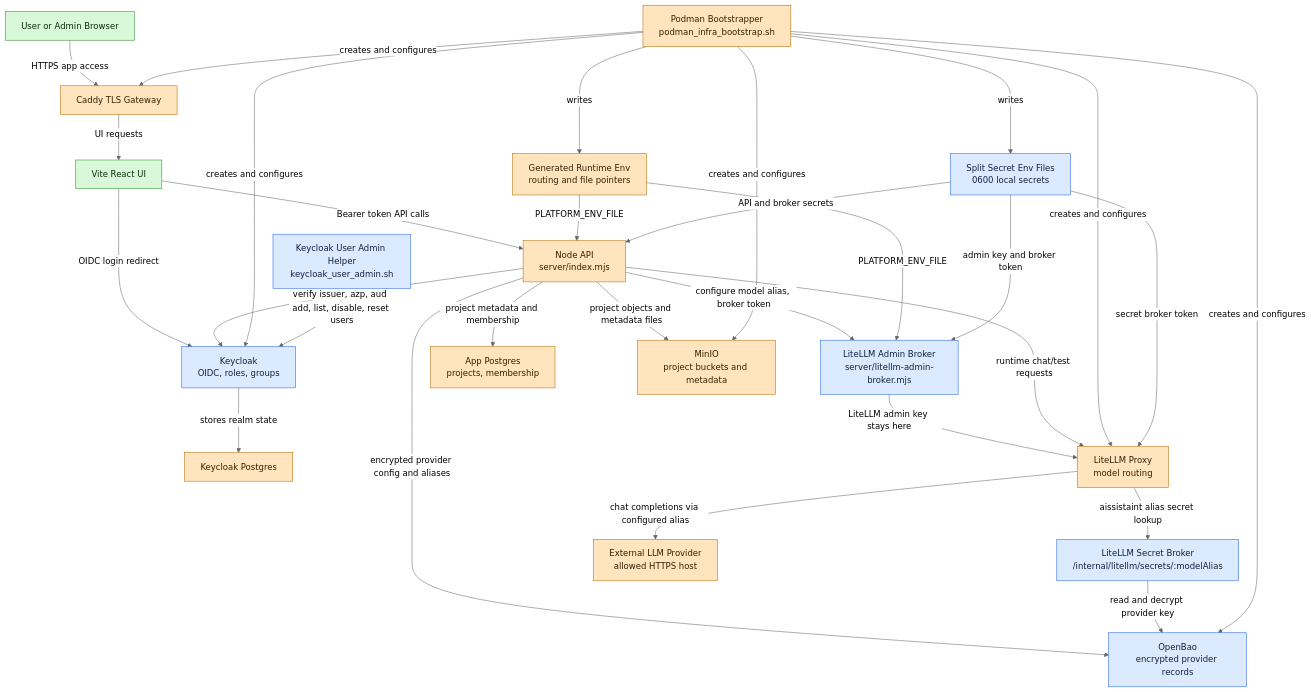
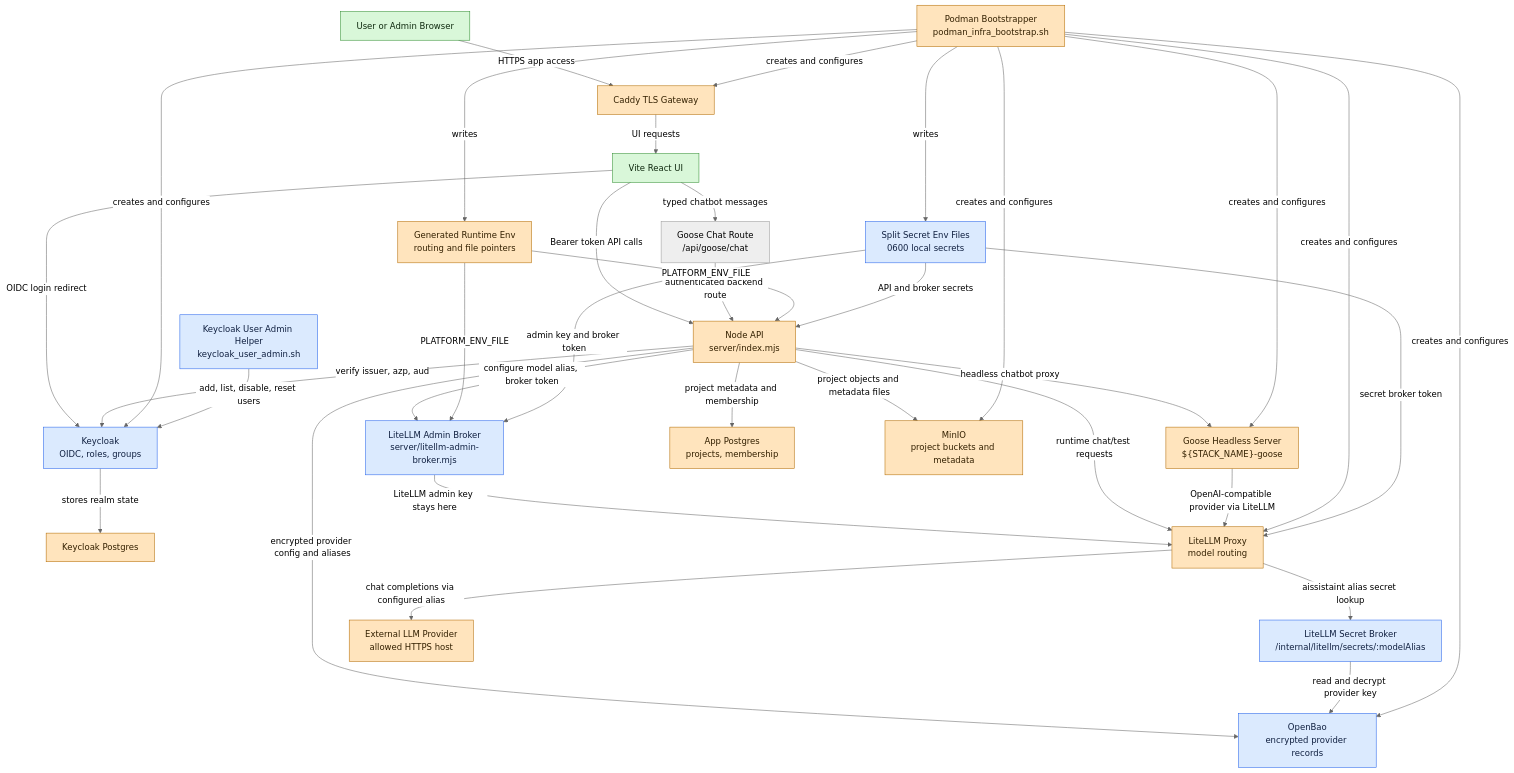
The diagram in docs/ai-governance/COMPONENT_INTERACTIONS.md (phzwart/lambda-aissistaint), drawn with Mermaid (neutral theme) before and after one commit. The commit also changed other lines of this file and 16 other files, not shown here.

Commit message:
Add managed Goose chatbot integration.

````diff
--- a/docs/ai-governance/COMPONENT_INTERACTIONS.md
+++ b/docs/ai-governance/COMPONENT_INTERACTIONS.md
@@ -5,62 +5,69 @@
 ```mermaid
 flowchart TD
   user["User or Admin Browser"]
   caddy["Caddy TLS Gateway"]
   ui["Vite React UI"]
   api["Node API\nserver/index.mjs"]
+  gooseRoute["Goose Chat Route\n/api/goose/chat"]
+  gooseSvc["Goose Headless Server\n${STACK_NAME}-goose"]
   adminBroker["LiteLLM Admin Broker\nserver/litellm-admin-broker.mjs"]
   secretBroker["LiteLLM Secret Broker\n/internal/litellm/secrets/:modelAlias"]
   keycloak["Keycloak\nOIDC, roles, groups"]
   keycloakDb["Keycloak Postgres"]
   appDb["App Postgres\nprojects, membership"]
   minio["MinIO\nproject buckets and metadata"]
   openbao["OpenBao\nencrypted provider records"]
   litellm["LiteLLM Proxy\nmodel routing"]
   provider["External LLM Provider\nallowed HTTPS host"]
   runtimeEnv["Generated Runtime Env\nrouting and file pointers"]
   secretFiles["Split Secret Env Files\n0600 local secrets"]
   bootstrap["Podman Bootstrapper\npodman_infra_bootstrap.sh"]
   adminHelper["Keycloak User Admin Helper\nkeycloak_user_admin.sh"]
 
   user -->|"HTTPS app access"| caddy
   caddy -->|"UI requests"| ui
   ui -->|"Bearer token API calls"| api
+  ui -->|"typed chatbot messages"| gooseRoute
   ui -->|"OIDC login redirect"| keycloak
+  gooseRoute -->|"authenticated backend route"| api
   keycloak -->|"stores realm state"| keycloakDb
 
   api -->|"verify issuer, azp, aud"| keycloak
   api -->|"project metadata and membership"| appDb
   api -->|"project objects and metadata files"| minio
   api -->|"encrypted provider config and aliases"| openbao
   api -->|"configure model alias, broker token"| adminBroker
 
   adminBroker -->|"LiteLLM admin key stays here"| litellm
   litellm -->|"aissistaint alias secret lookup"| secretBroker
   secretBroker -->|"read and decrypt provider key"| openbao
   litellm -->|"chat completions via configured alias"| provider
   api -->|"runtime chat/test requests"| litellm
+  api -->|"headless chatbot proxy"| gooseSvc
+  gooseSvc -->|"OpenAI-compatible provider via LiteLLM"| litellm
 
   bootstrap -->|"creates and configures"| caddy
   bootstrap -->|"creates and configures"| keycloak
   bootstrap -->|"creates and configures"| openbao
   bootstrap -->|"creates and configures"| minio
   bootstrap -->|"creates and configures"| litellm
+  bootstrap -->|"creates and configures"| gooseSvc
   bootstrap -->|"writes"| runtimeEnv
   bootstrap -->|"writes"| secretFiles
 
   runtimeEnv -->|"PLATFORM_ENV_FILE"| api
   runtimeEnv -->|"PLATFORM_ENV_FILE"| adminBroker
   secretFiles -->|"API and broker secrets"| api
   secretFiles -->|"admin key and broker token"| adminBroker
   secretFiles -->|"secret broker token"| litellm
 
   adminHelper -->|"add, list, disable, reset users"| keycloak
 
   classDef ui fill:#d9f7d9,stroke:#2f8f2f,color:#102a10
   classDef permanent fill:#ffe4bd,stroke:#b36b00,color:#332000
   classDef security fill:#dbeafe,stroke:#2563eb,color:#102040
 
   class user,ui ui
-  class caddy,api,keycloakDb,appDb,minio,litellm,provider,runtimeEnv,bootstrap permanent
+  class caddy,api,keycloakDb,appDb,minio,litellm,gooseSvc,provider,runtimeEnv,bootstrap permanent
   class keycloak,openbao,adminBroker,secretBroker,secretFiles,adminHelper security
 ```
````
